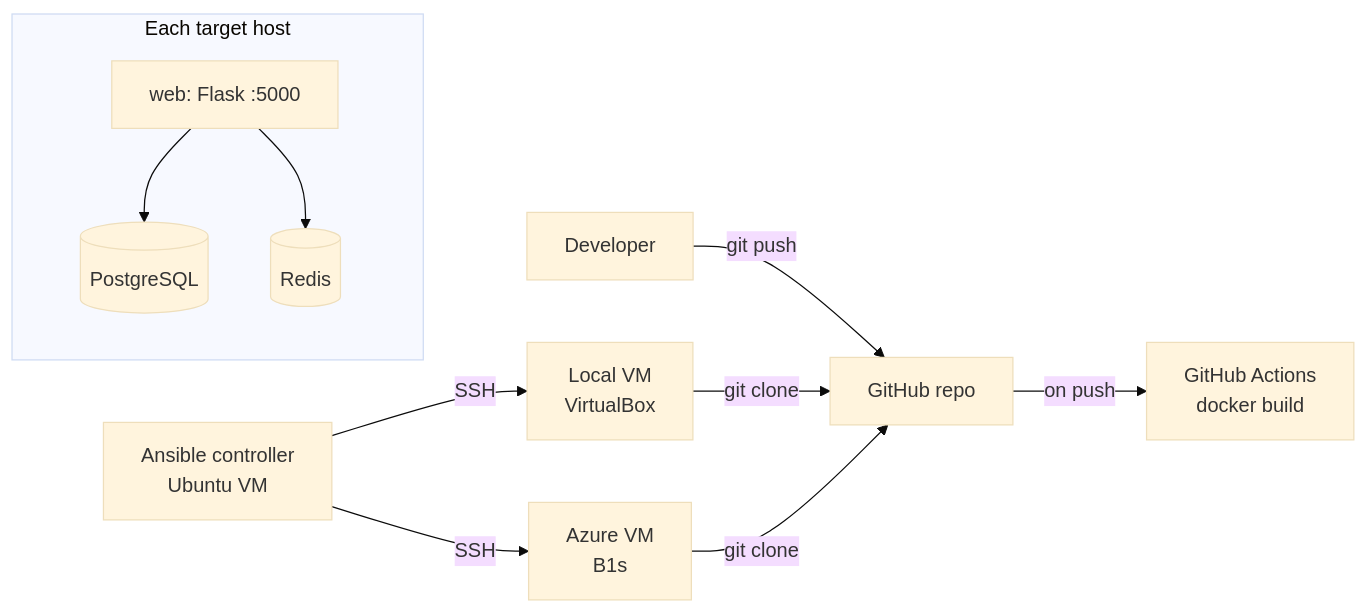
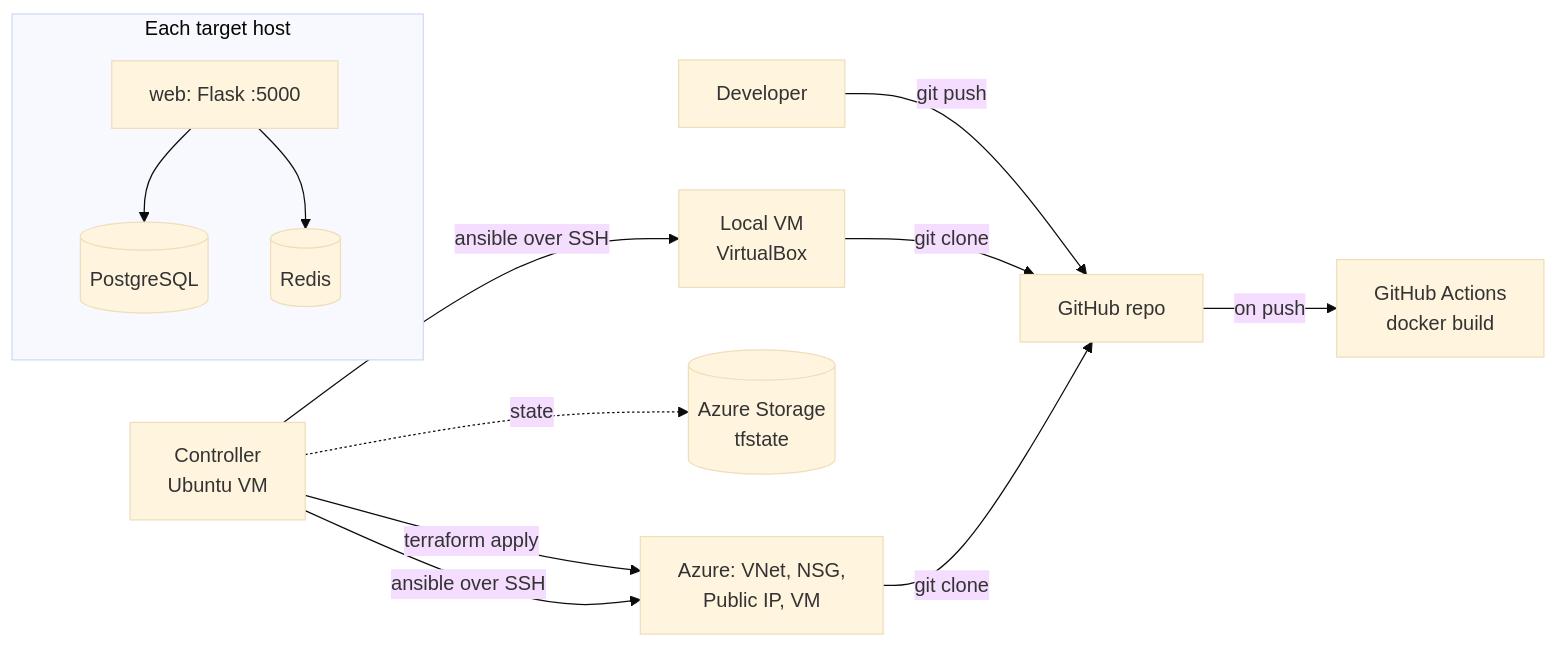
Before and after one commit to Daswwy/flask-postgres-docker: the diagram in README.md, drawn with Mermaid (base theme). The commit also changed other lines of this file, not shown here.

````diff
--- a/README.md
+++ b/README.md
@@ -19,13 +20,18 @@
 ```mermaid
 flowchart LR
     Dev[Developer] -->|git push| GH[GitHub repo]
     GH -->|on push| CI[GitHub Actions<br/>docker build]
-    Ctrl[Ansible controller<br/>Ubuntu VM] -->|SSH| Local[Local VM<br/>VirtualBox]
-    Ctrl -->|SSH| Az[Azure VM<br/>B1s]
+
+    Ctrl[Controller<br/>Ubuntu VM] -->|terraform apply| AZ[Azure: VNet, NSG,<br/>Public IP, VM]
+    Ctrl -.->|state| ST[(Azure Storage<br/>tfstate)]
+    Ctrl -->|ansible over SSH| Local[Local VM<br/>VirtualBox]
+    Ctrl -->|ansible over SSH| AZ
+
     Local -->|git clone| GH
-    Az -->|git clone| GH
+    AZ -->|git clone| GH
+
     subgraph Each target host
         W[web: Flask :5000] --> DB[(PostgreSQL)]
         W --> R[(Redis)]
     end
 ```
````
